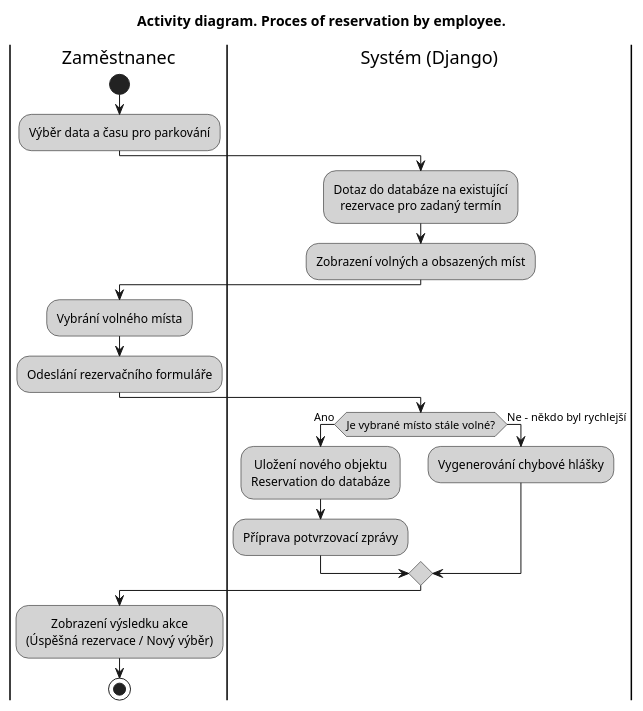
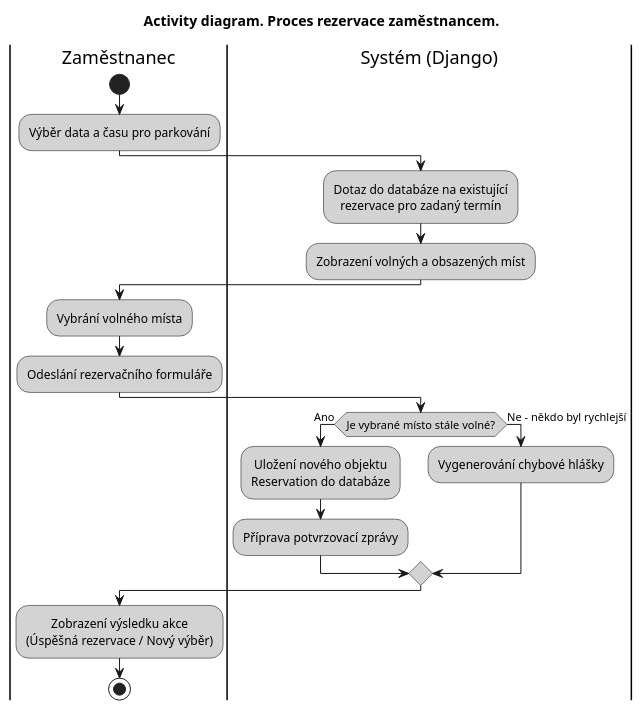
One commit to AidenCze/SWI-Project changed the diagram in docs/diagramy/activity-reservation.puml. Above: the diagram before and after it, drawn with PlantUML.

Commit message:
Update activity diagram title to Czech language

```diff
--- a/docs/diagramy/activity-reservation.puml
+++ b/docs/diagramy/activity-reservation.puml
@@ -1,37 +1,37 @@
 @startuml
-title Activity diagram. Proces of reservation by employee.
+title Activity diagram. Proces rezervace zaměstnancem.
 
 skinparam ActivityBackgroundColor LightGray
 skinparam ActivityBorderColor Black
 skinparam defaultTextAlignment center
 
 ' Definice plaveckých drah
 |Zaměstnanec|
 |Systém (Django)|
 
 |Zaměstnanec|
 start
 :Výběr data a času pro parkování;
 
 |Systém (Django)|
 :Dotaz do databáze na existující\nrezervace pro zadaný termín;
 :Zobrazení volných a obsazených míst;
 
 |Zaměstnanec|
 :Vybrání volného místa;
 :Odeslání rezervačního formuláře;
 
 |Systém (Django)|
 ' Rozhodovací uzel pro kontrolu dostupnosti
 if (Je vybrané místo stále volné?) then (Ano)
     :Uložení nového objektu\nReservation do databáze;
     :Příprava potvrzovací zprávy;
 else (Ne - někdo byl rychlejší)
     :Vygenerování chybové hlášky;
 endif
 
 ' Společné sjednocení čistě na frontendu (u zaměstnance)
 |Zaměstnanec|
 :Zobrazení výsledku akce\n(Úspěšná rezervace / Nový výběr);
 stop
 @enduml
```
